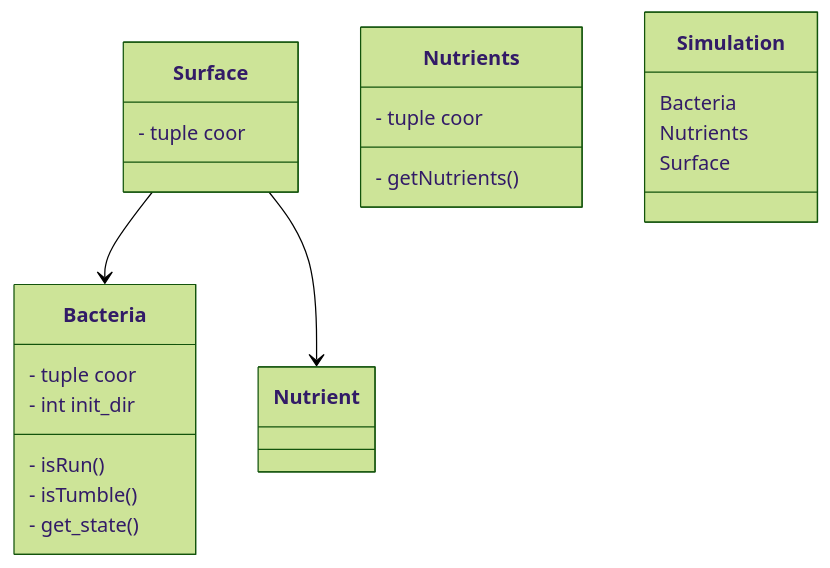
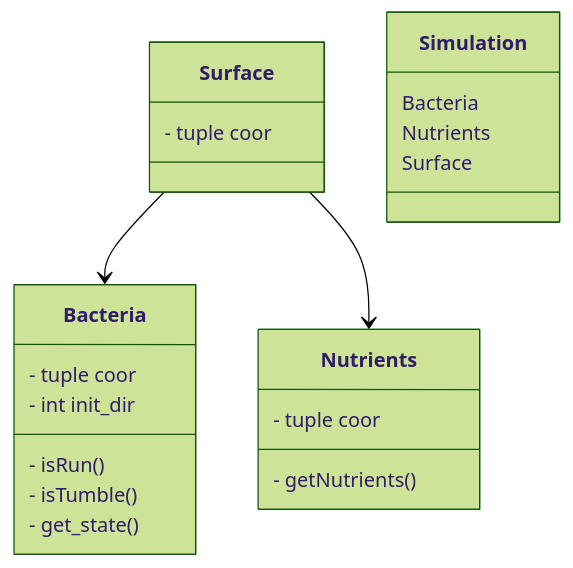
One commit to programming-formalisms/programming_formalisms_project_summer_2024 changed the diagram in learners/phuong/class.md. Above: the diagram before and after it, drawn with Mermaid (forest theme).

````diff
--- a/learners/phuong/class.md
+++ b/learners/phuong/class.md
@@ -2,29 +2,29 @@
 ```mermaid
 classDiagram
 class Surface{
     - tuple coor
 }
 
 class Bacteria{
     - tuple coor
     - int init_dir
     - isRun()
     - isTumble()
     - get_state()
 }
 
 class Nutrients{
     - tuple coor
     - getNutrients()
 }
 
 
 class Simulation{
     Bacteria
     Nutrients
     Surface
 }
 
 Surface --> Bacteria
-Surface --> Nutrient
+Surface --> Nutrients
 ```
````
